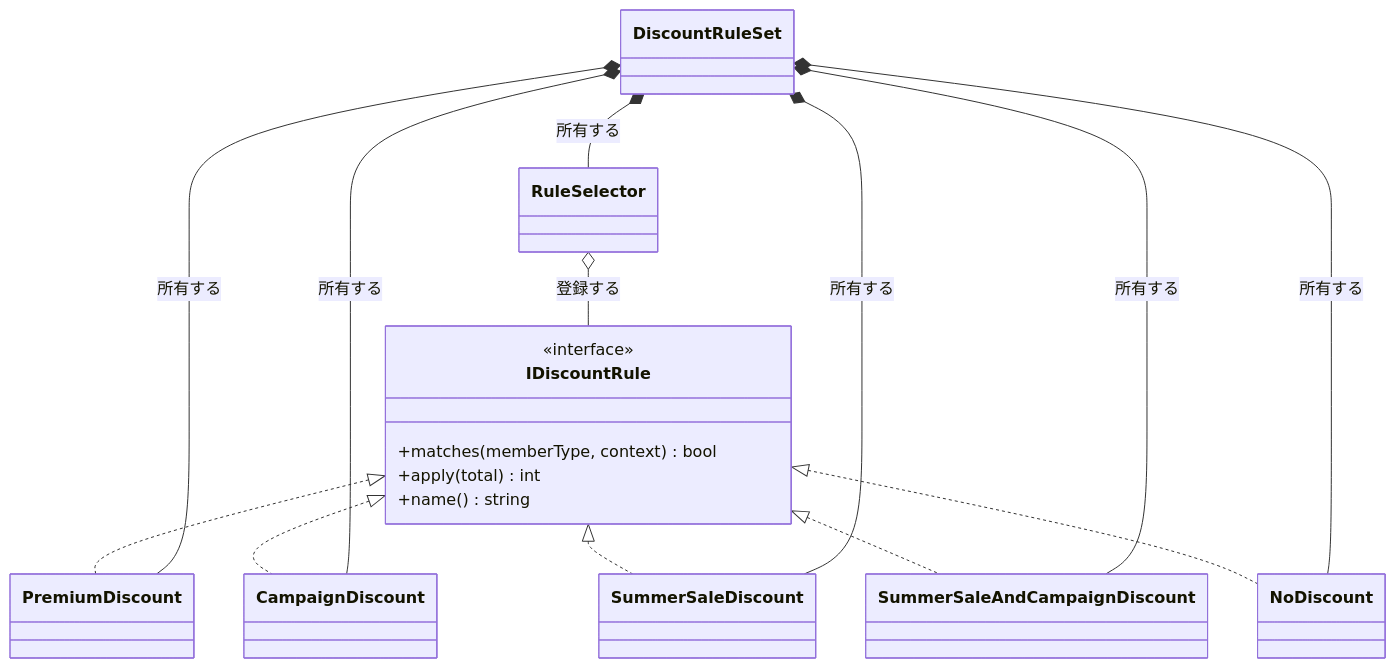
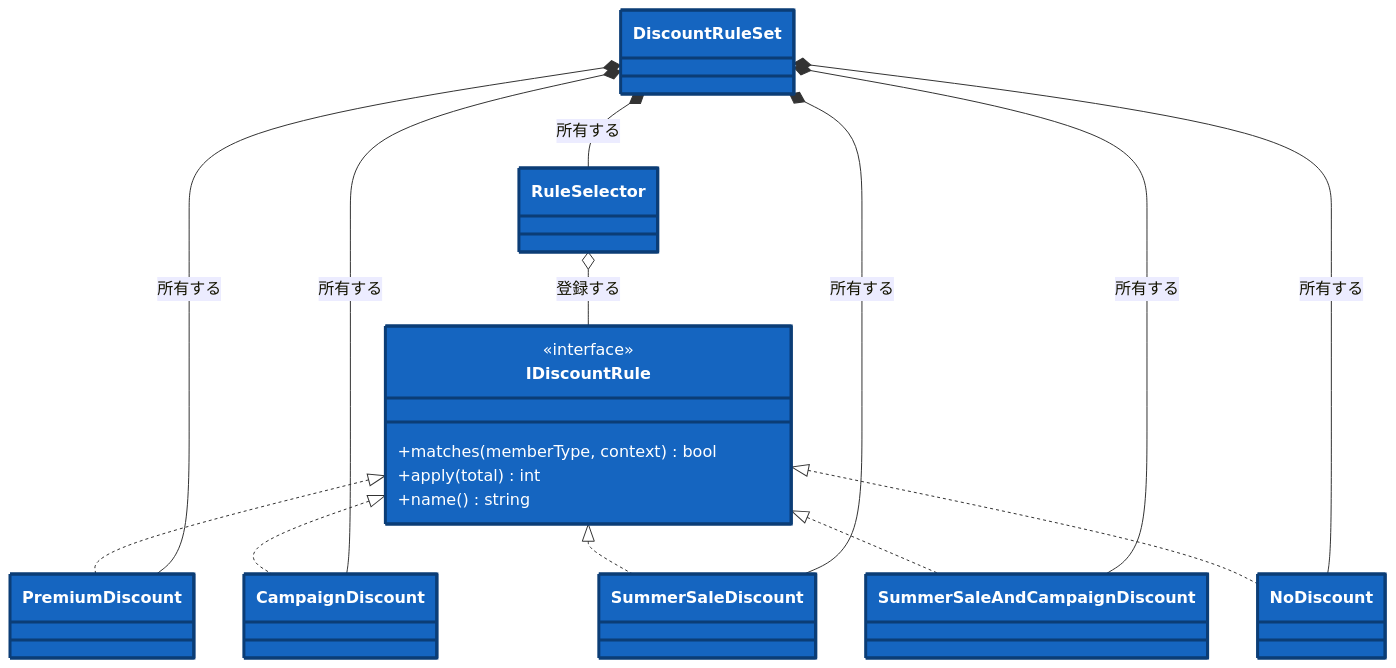
Before and after one commit to kumachan1101-pixel/DesignPattern: the seventh of 14 diagrams in kindle/design-patterns/books/volume01-core-patterns/output/03-chapter01.md, drawn with Mermaid. The commit also changed other lines of this file and 19 other files, not shown here.

First line of the commit message:
図の変更箇所を色で示し、変更前後の対比の説明構造をそろえる

````diff
--- a/kindle/design-patterns/books/volume01-core-patterns/output/03-chapter01.md
+++ b/kindle/design-patterns/books/volume01-core-patterns/output/03-chapter01.md
@@ -1886,29 +1892,31 @@
 ```mermaid
 classDiagram
     direction TB
-    class IDiscountRule {
+    class IDiscountRule:::changed {
         <<interface>>
         +matches(memberType, context) bool
         +apply(total) int
         +name() string
     }
-    class PremiumDiscount
-    class CampaignDiscount
-    class SummerSaleDiscount
-    class SummerSaleAndCampaignDiscount
-    class NoDiscount
-    class DiscountRuleSet
-    class RuleSelector
+    class PremiumDiscount:::changed
+    class CampaignDiscount:::changed
+    class SummerSaleDiscount:::changed
+    class SummerSaleAndCampaignDiscount:::changed
+    class NoDiscount:::changed
+    class DiscountRuleSet:::changed
+    class RuleSelector:::changed
     IDiscountRule <|.. PremiumDiscount
     IDiscountRule <|.. CampaignDiscount
     IDiscountRule <|.. SummerSaleDiscount
     IDiscountRule <|.. SummerSaleAndCampaignDiscount
     IDiscountRule <|.. NoDiscount
     DiscountRuleSet *-- PremiumDiscount : 所有する
     DiscountRuleSet *-- CampaignDiscount : 所有する
     DiscountRuleSet *-- SummerSaleDiscount : 所有する
     DiscountRuleSet *-- SummerSaleAndCampaignDiscount : 所有する
     DiscountRuleSet *-- NoDiscount : 所有する
     DiscountRuleSet *-- RuleSelector : 所有する
     RuleSelector o-- IDiscountRule : 登録する
+
+    classDef changed fill:#1565c0,stroke:#0b3d76,stroke-width:3px,color:#ffffff;
 ```
````
